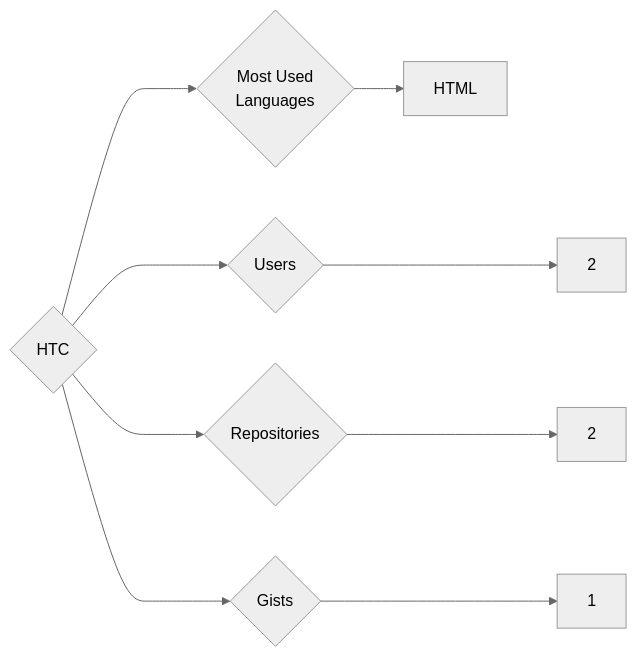
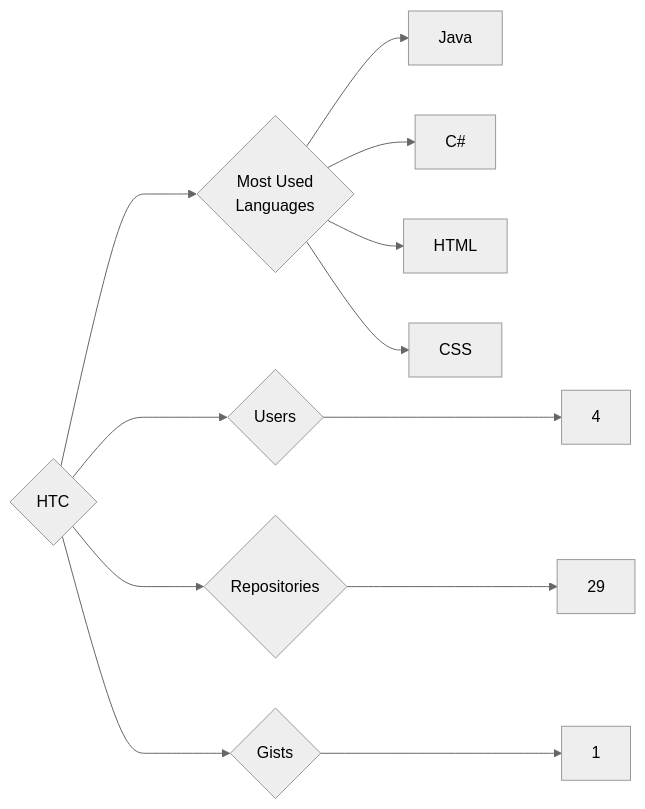
One commit to trickest/insiders changed the diagram in targets/HTC/README.md. Above: the diagram before and after it, drawn with Mermaid (neutral theme). The commit also changed 1030 other files, not shown here.

````diff
--- a/targets/HTC/README.md
+++ b/targets/HTC/README.md
@@ -3,9 +3,12 @@
 ```mermaid
 graph LR
 COMPANY_NAME{HTC}
-COMPANY_NAME ---> U{Users} ---> UN[2]
-COMPANY_NAME ---> R{Repositories} ---> RN[2]
+COMPANY_NAME ---> U{Users} ---> UN[4]
+COMPANY_NAME ---> R{Repositories} ---> RN[29]
 COMPANY_NAME ---> G{Gists} ---> GN[1]
 COMPANY_NAME ---> ML{Most Used<br>Languages}
+ML --> Java[Java]
+ML --> C#[C#]
 ML --> HTML[HTML]
+ML --> CSS[CSS]
 ```
````
